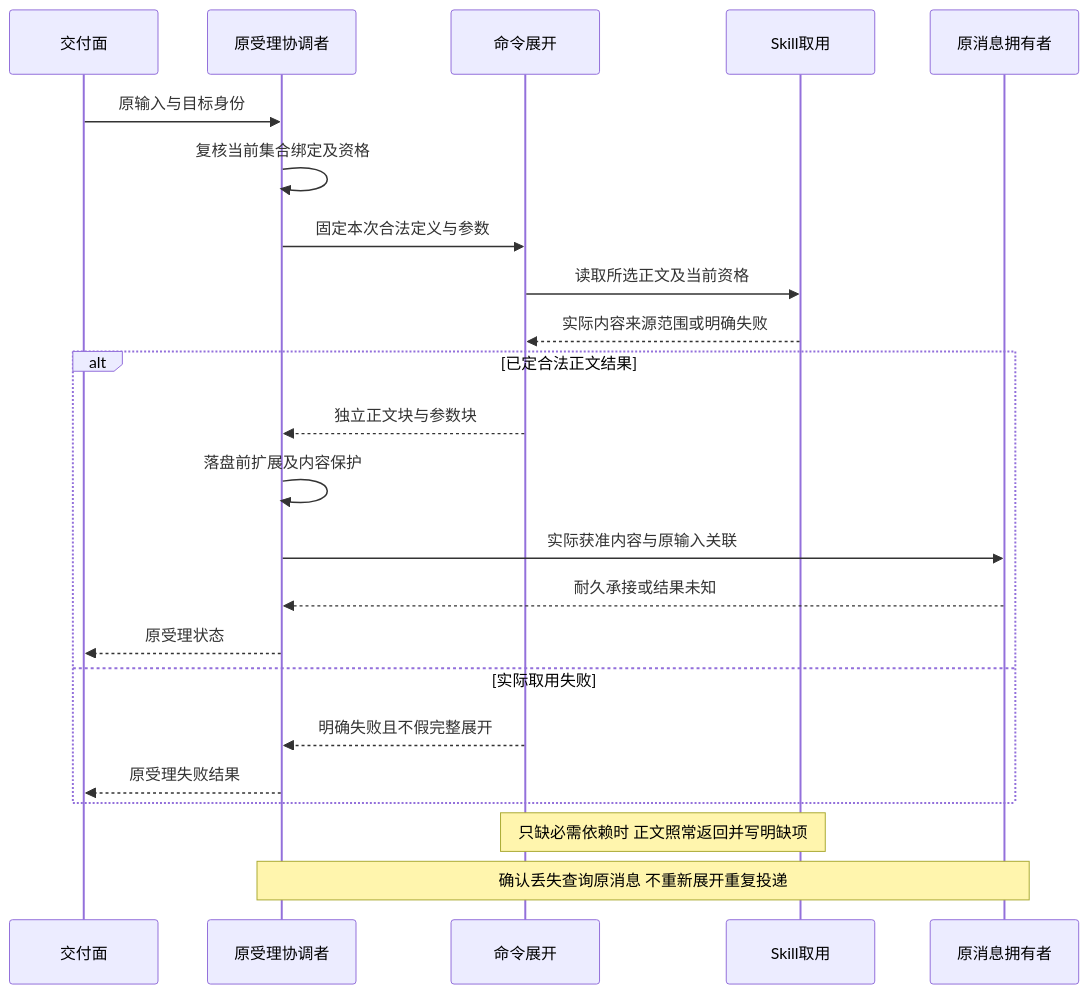
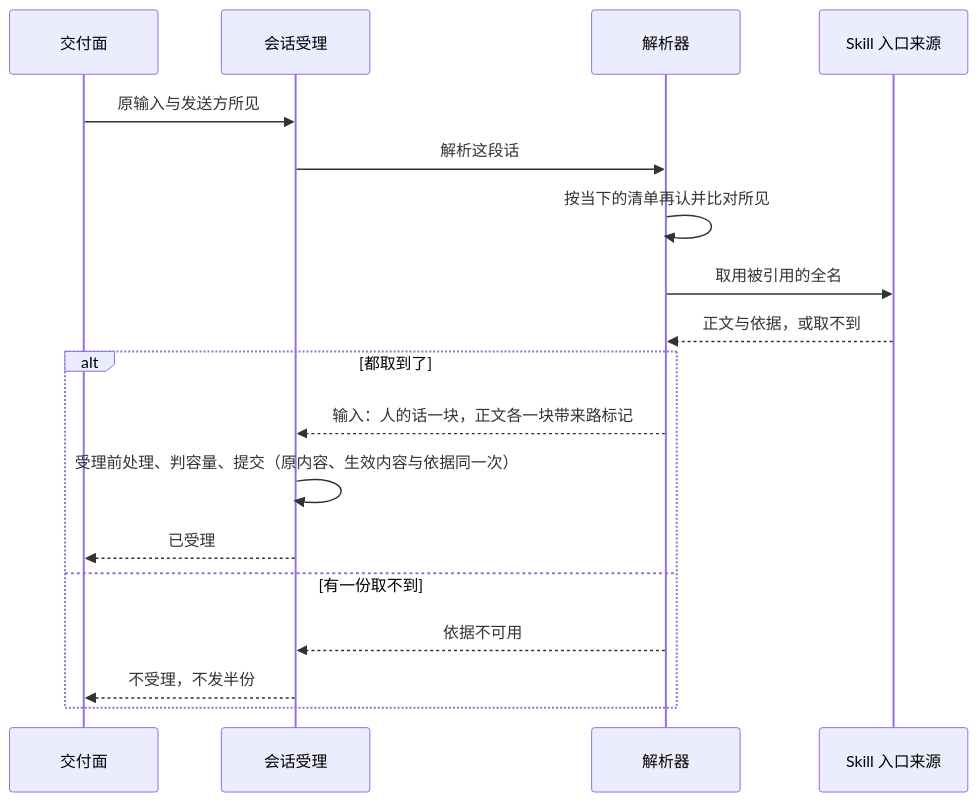
Before and after one commit to nemori-ai/omne-harness-lite: the second of 2 diagrams in docs/domains/slash-commands/key-flows.md, drawn with Mermaid. The commit also changed other lines of this file and 30 other files, not shown here.

````diff
--- a/docs/domains/slash-commands/key-flows.md
+++ b/docs/domains/slash-commands/key-flows.md
@@ -34,25 +31,20 @@
 ```mermaid
 sequenceDiagram
     participant D as 交付面
-    participant I as 原受理协调者
-    participant C as 命令展开
-    participant K as Skill取用
-    participant M as 原消息拥有者
-    D->>I: 原输入与目标身份
-    I->>I: 复核当前集合绑定及资格
-    I->>C: 固定本次合法定义与参数
-    C->>K: 读取所选正文及当前资格
-    K-->>C: 实际内容来源范围或明确失败
-    alt 已定合法正文结果
-        C-->>I: 独立正文块与参数块
-        I->>I: 落盘前扩展及内容保护
-        I->>M: 实际获准内容与原输入关联
-        M-->>I: 耐久承接或结果未知
-        I-->>D: 原受理状态
-    else 实际取用失败
-        C-->>I: 明确失败且不假完整展开
-        I-->>D: 原受理失败结果
+    participant S as 会话受理
+    participant R as 解析器
+    participant K as Skill 入口来源
+    D->>S: 原输入与发送方所见
+    S->>R: 解析这段话
+    R->>R: 按当下的清单再认并比对所见
+    R->>K: 取用被引用的全名
+    K-->>R: 正文与依据，或取不到
+    alt 都取到了
+        R-->>S: 输入：人的话一块，正文各一块带来路标记
+        S->>S: 受理前处理、判容量、提交（原内容、生效内容与依据同一次）
+        S-->>D: 已受理
+    else 有一份取不到
+        R-->>S: 依据不可用
+        S-->>D: 不受理，不发半份
     end
-    Note over C,K: 只缺必需依赖时 正文照常返回并写明缺项
-    Note over I,M: 确认丢失查询原消息 不重新展开重复投递
 ```
````
